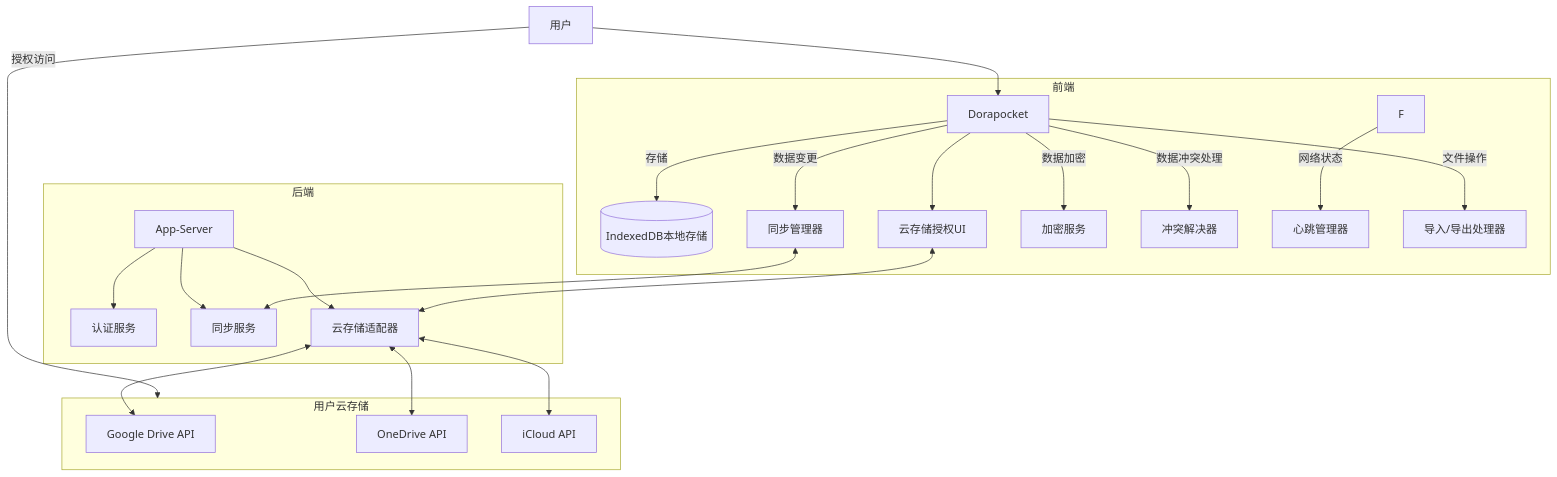
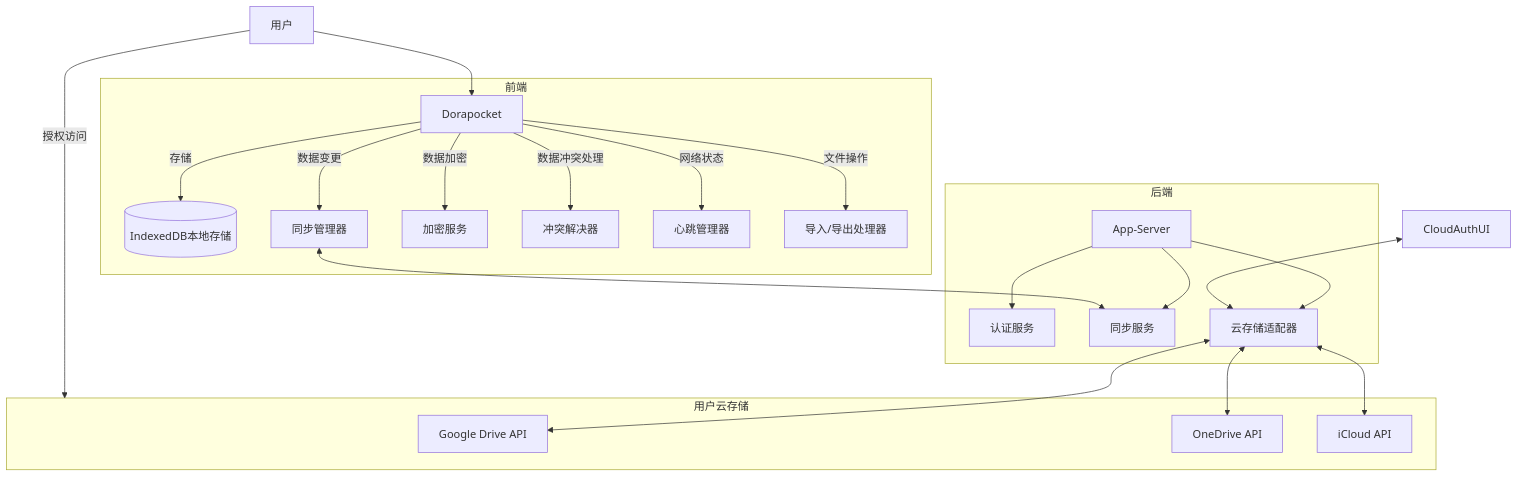
The diagram in all/未命名-34.md (yingjianzh/iodraw-files), drawn with Mermaid before and after one commit.

Commit message:
2025-04-17 10:53:13 update

````diff
--- a/all/未命名-34.md
+++ b/all/未命名-34.md
@@ -1,30 +1,29 @@
 ```mermaid
 flowchart TD
     User[用户] --> FrontEnd[Dorapocket]
     
     subgraph 前端
         FrontEnd --> |存储| LocalDB[(IndexedDB本地存储)]
         FrontEnd --> |数据变更| SyncManager[同步管理器]
-        FrontEnd --> CloudAuthUI[云存储授权UI]
         FrontEnd --> |数据加密| CryptoService[加密服务]
         FrontEnd --> |数据冲突处理| ConflictResolver[冲突解决器]
-        F -->|网络状态| I[心跳管理器]
+        FrontEnd -->|网络状态| I[心跳管理器]
         FrontEnd --> |文件操作| J[导入/导出处理器]
     end
     
     subgraph 后端
         AppServer[App-Server] --> AuthService[认证服务]
         AppServer --> SyncService[同步服务]
         AppServer --> CloudAdapter[云存储适配器]
     end
     
     subgraph 用户云存储
         CloudAdapter <--> GoogleDrive[Google Drive API]
         CloudAdapter <--> OneDrive[OneDrive API]
         CloudAdapter <--> iCloud[iCloud API]
     end
     
     User -- "授权访问" --> 用户云存储
     SyncManager <--> SyncService
     CloudAuthUI <--> CloudAdapter
 ```
````
